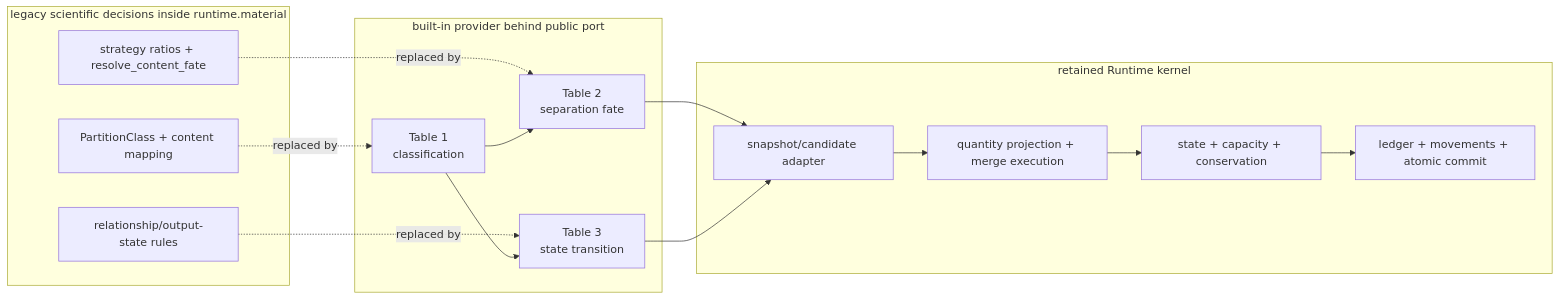
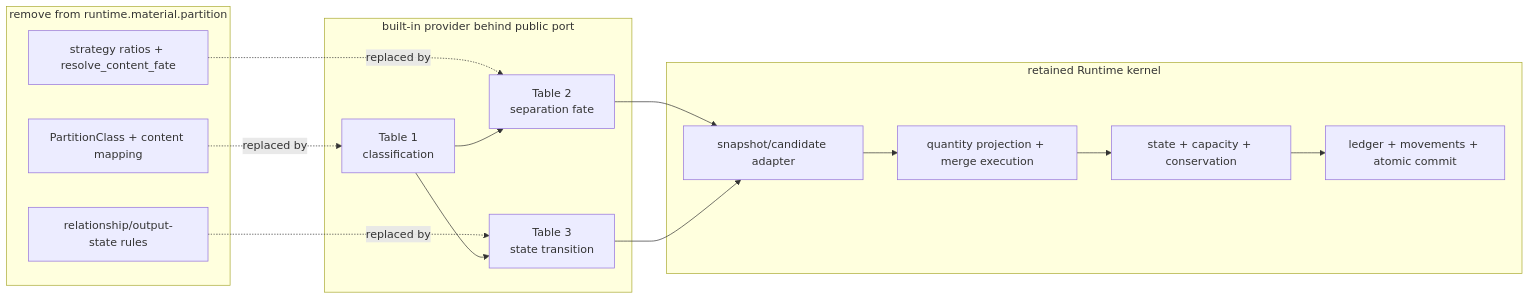
The eighth of 8 diagrams in docs/architecture/scientific_model_module_diagrams.md (culsma/culsma), drawn with Mermaid before and after one commit. The commit also changed other lines of this file and 26 other files, not shown here.

Commit message:
feat(material): unify scientific model partition handoff

````diff
--- a/docs/architecture/scientific_model_module_diagrams.md
+++ b/docs/architecture/scientific_model_module_diagrams.md
@@ -371,30 +521,30 @@
 ```mermaid
 flowchart LR
-    subgraph Legacy["legacy scientific decisions inside runtime.material"]
+    subgraph Legacy["remove from runtime.material.partition"]
         OldClass["PartitionClass + content mapping"]
         OldFate["strategy ratios + resolve_content_fate"]
         OldState["relationship/output-state rules"]
     end
 
     subgraph NewProvider["built-in provider behind public port"]
         T1["Table 1<br/>classification"]
         T2["Table 2<br/>separation fate"]
         T3["Table 3<br/>state transition"]
     end
 
     subgraph RetainedRuntime["retained Runtime kernel"]
         Adapter["snapshot/candidate adapter"]
         Projection["quantity projection + merge execution"]
         Validate["state + capacity + conservation"]
         Commit["ledger + movements + atomic commit"]
     end
 
     OldClass -. "replaced by" .-> T1
     OldFate -. "replaced by" .-> T2
     OldState -. "replaced by" .-> T3
     T1 --> T2
     T1 --> T3
     T2 --> Adapter
     T3 --> Adapter
     Adapter --> Projection --> Validate --> Commit
 ```
````
